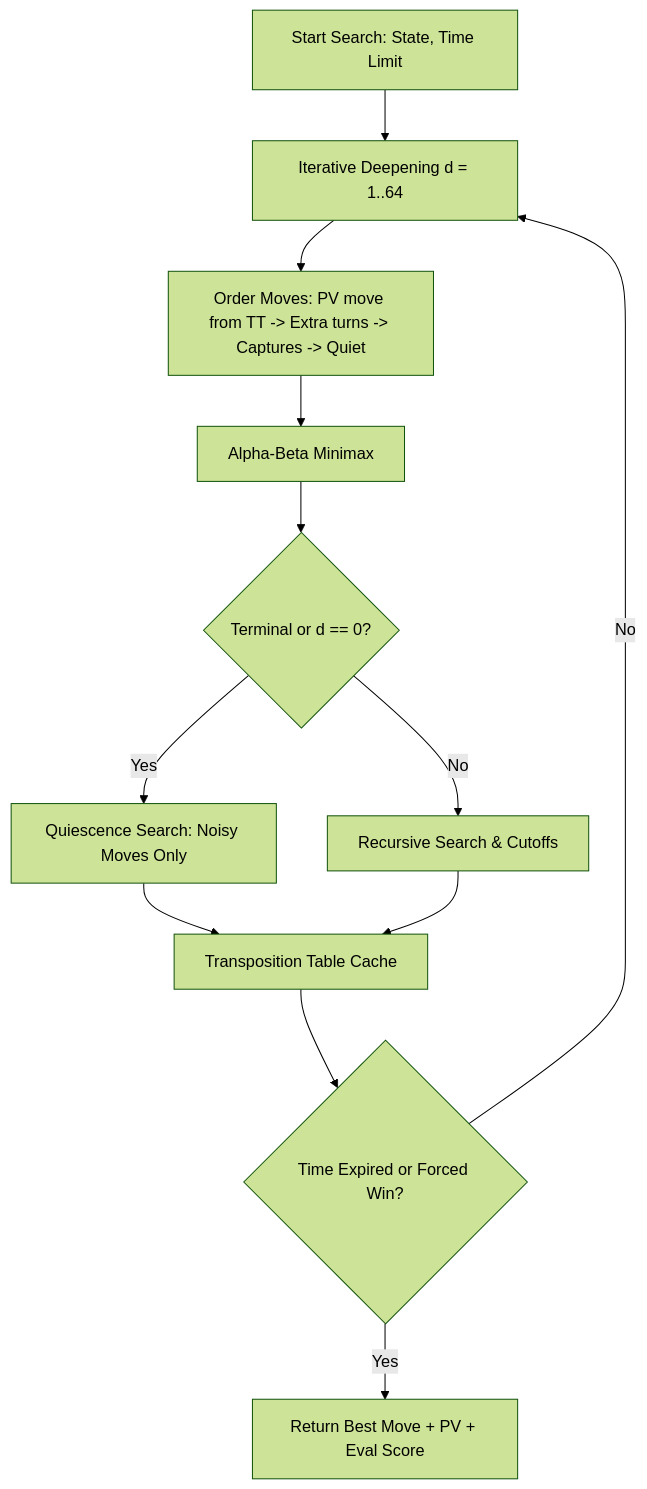
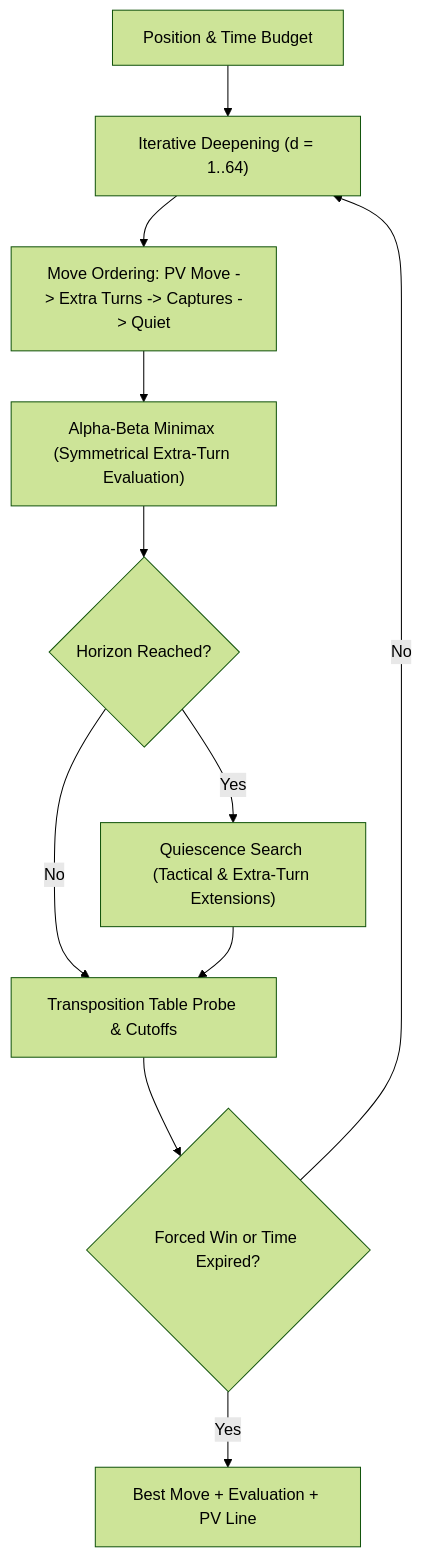
The diagram in README.md (mammadow/mangala), drawn with Mermaid (forest theme) before and after one commit. The commit also changed other lines of this file and 1 other file, not shown here.

````diff
--- a/README.md
+++ b/README.md
@@ -111,14 +138,13 @@
 ```mermaid
 flowchart TD
-    A[Start Search: State, Time Limit] --> B[Iterative Deepening d = 1..64]
-    B --> C[Order Moves: PV move from TT -> Extra turns -> Captures -> Quiet]
-    C --> D[Alpha-Beta Minimax]
-    D --> E{Terminal or d == 0?}
-    E -- Yes --> F[Quiescence Search: Noisy Moves Only]
-    E -- No --> G[Recursive Search & Cutoffs]
-    F --> H[Transposition Table Cache]
-    G --> H
-    H --> I{Time Expired or Forced Win?}
-    I -- No --> B
-    I -- Yes --> J[Return Best Move + PV + Eval Score]
+    Start["Position & Time Budget"] --> ID["Iterative Deepening (d = 1..64)"]
+    ID --> Order["Move Ordering: PV Move -> Extra Turns -> Captures -> Quiet"]
+    Order --> Minimax["Alpha-Beta Minimax (Symmetrical Extra-Turn Evaluation)"]
+    Minimax --> Horizon{"Horizon Reached?"}
+    Horizon -- "Yes" --> QSearch["Quiescence Search (Tactical & Extra-Turn Extensions)"]
+    Horizon -- "No" --> TT["Transposition Table Probe & Cutoffs"]
+    QSearch --> TT
+    TT --> Solved{"Forced Win or Time Expired?"}
+    Solved -- "No" --> ID
+    Solved -- "Yes" --> Best["Best Move + Evaluation + PV Line"]
 ```
````
